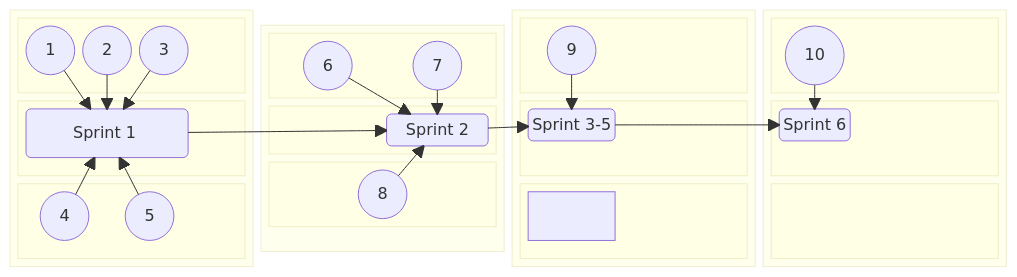
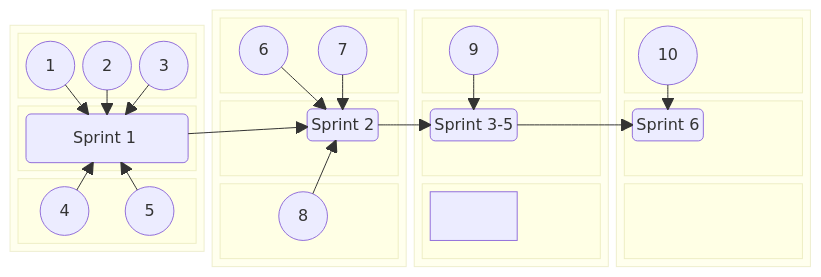
Before and after one commit to jdmedlock/mermaid_testing: the second of 2 diagrams in README.md, drawn with Mermaid.

Commit message:
Feature: Add annotations to test layout

````diff
--- a/README.md
+++ b/README.md
@@ -90,75 +90,75 @@
 ```mermaid
   block-beta
     columns 4
     block:B1:1
       columns 1
       block:B1TOP
         A1(("&nbsp;&nbsp; 1 &nbsp;&nbsp;"))
         A2(("&nbsp;&nbsp; 2 &nbsp;&nbsp;"))
         A3(("&nbsp;&nbsp; 3 &nbsp;&nbsp;"))
       end
       block:B1CENTER
         SPRINT1("Sprint 1&nbsp;")
       end
       block:B1BOTTOM
         A4(("&nbsp;&nbsp; 4 &nbsp;&nbsp;"))
         A5(("&nbsp;&nbsp; 5 &nbsp;&nbsp;"))
       end
       A1 ----> SPRINT1
       A2 ----> SPRINT1
       A3 ----> SPRINT1
       A4 ----> SPRINT1
       A5 ----> SPRINT1
     end
 
     block:B2:1
       columns 1
       block:B2TOP
         A6(("&nbsp;&nbsp; 6 &nbsp;&nbsp;"))
         A7(("&nbsp;&nbsp; 7 &nbsp;&nbsp;"))
       end
       block:B2CENTER
         space
-        SPRINT2("&nbsp;&nbsp; Sprint 2 &nbsp;&nbsp;")
+        SPRINT2("Sprint 2")
       end
       block:B2BOTTOM
         A8(("&nbsp;&nbsp; 8 &nbsp;&nbsp;"))
       end
       A6 ----> SPRINT2
       A7 ----> SPRINT2
       A8 ----> SPRINT2
     end
 
     block:B3:1
       columns 1
       block:B3TOP
         A9(("&nbsp;&nbsp; 9 &nbsp;&nbsp;"))
       end
       block:B3CENTER
         SPRINTS35("Sprint 3-5")
       end
       block:B3BOTTOM
         &nbsp;
       end
       A9 ----> SPRINTS35
     end
 
     block:B4:1
       columns 1
       block:B4TOP
         A10(("&nbsp;&nbsp; 10 &nbsp;&nbsp;"))
       end
       block:B4CENTER
         SPRINT6("Sprint 6")
       end
       block:B4BOTTOM
         &nbsp;
       end
       A10 ----> SPRINT6
     end
 
     SPRINT1 --> SPRINT2
     SPRINT2 --> SPRINTS35
     SPRINTS35 --> SPRINT6
 
 ```
````
